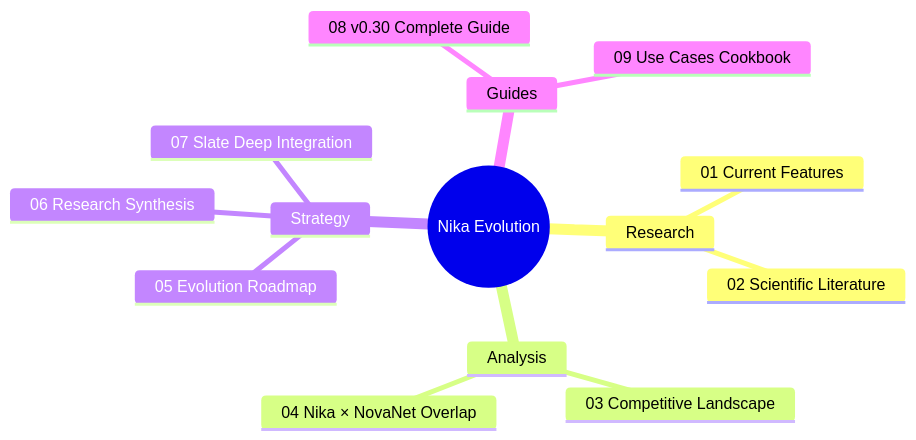
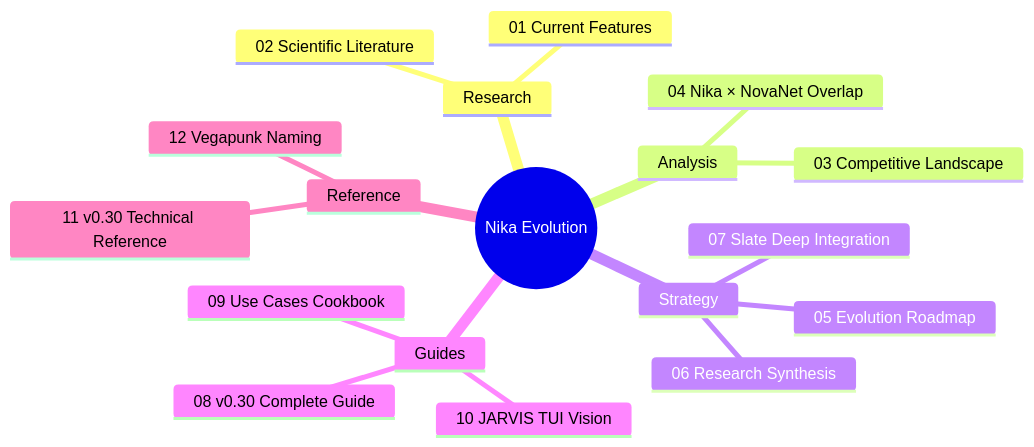
Before and after one commit to supernovae-st/nika: the first of 4 diagrams in docs/brainstorm/nika-evolution/00-README.md, drawn with Mermaid. The commit also changed other lines of this file and 12 other files, not shown here.

First line of the commit message:
docs(brainstorm): apply Vegapunk naming across all evolution docs

````diff
--- a/docs/brainstorm/nika-evolution/00-README.md
+++ b/docs/brainstorm/nika-evolution/00-README.md
@@ -12,17 +12,21 @@
 ```mermaid
 mindmap
   root((Nika Evolution))
     Research
       01 Current Features
       02 Scientific Literature
     Analysis
       03 Competitive Landscape
       04 Nika × NovaNet Overlap
     Strategy
       05 Evolution Roadmap
       06 Research Synthesis
       07 Slate Deep Integration
     Guides
       08 v0.30 Complete Guide
       09 Use Cases Cookbook
+      10 JARVIS TUI Vision
+    Reference
+      11 v0.30 Technical Reference
+      12 Vegapunk Naming
 ```
````
